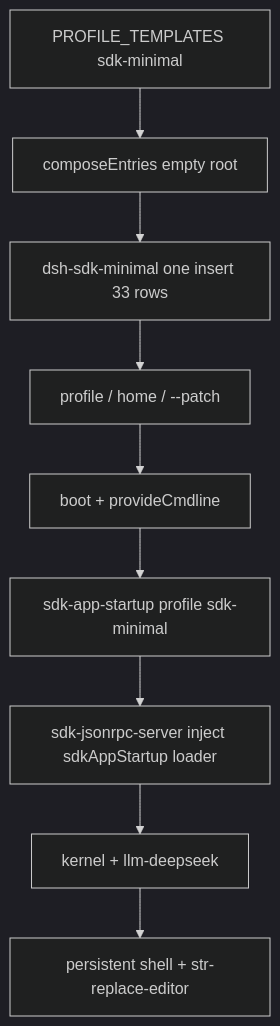
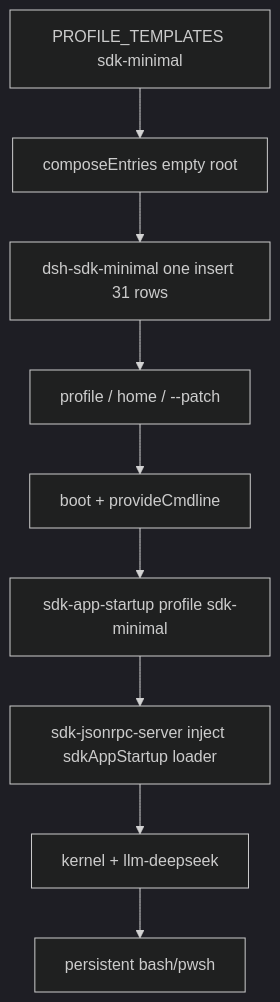
One commit to wdnmdtonyma/SOTA-Agent-LLM-Wiki changed the diagram in docs/llm-wiki/deepseek-harness/subsystems/composition/bundle-sdk-minimal.md. Above: the diagram before and after it, drawn with Mermaid (dark theme). The commit also changed other lines of this file and 219 other files, not shown here.

````diff
--- a/docs/llm-wiki/deepseek-harness/subsystems/composition/bundle-sdk-minimal.md
+++ b/docs/llm-wiki/deepseek-harness/subsystems/composition/bundle-sdk-minimal.md
@@ -137,11 +135,11 @@
 ```mermaid
 flowchart TD
   tmpl["PROFILE_TEMPLATES sdk-minimal"] --> compose["composeEntries empty root"]
-  compose --> insert["dsh-sdk-minimal one insert 33 rows"]
+  compose --> insert["dsh-sdk-minimal one insert 31 rows"]
   insert --> user["profile / home / --patch"]
   user --> boot["boot + provideCmdline"]
   boot --> startup["sdk-app-startup profile sdk-minimal"]
   startup --> rpc["sdk-jsonrpc-server inject sdkAppStartup loader"]
   rpc --> spine["kernel + llm-deepseek"]
-  spine --> tools["persistent shell + str-replace-editor"]
+  spine --> tools["persistent bash/pwsh"]
 ```
````
